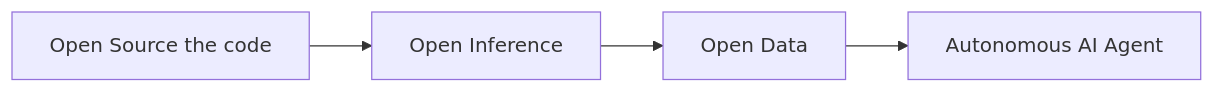
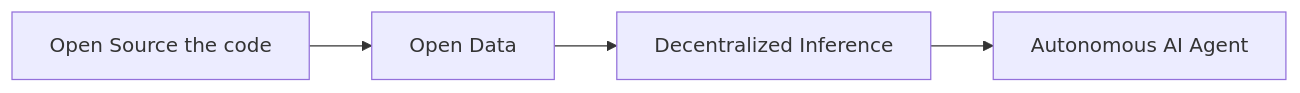
Before and after one commit to superoo7/superoo7.github.io: the second of 2 diagrams in content/posts/transparency-in-ai-agent.md, drawn with Mermaid. The commit also changed other lines of this file, not shown here.

````diff
--- a/content/posts/transparency-in-ai-agent.md
+++ b/content/posts/transparency-in-ai-agent.md
@@ -86,6 +86,6 @@
 ```mermaid
 flowchart LR
-    A[Open Source the code] --> B[Open Inference] 
-    B --> C[Open Data] 
+    A[Open Source the code] --> B[Open Data] 
+    B --> C[Decentralized Inference] 
     C --> D[Autonomous AI Agent]
 ```
````
